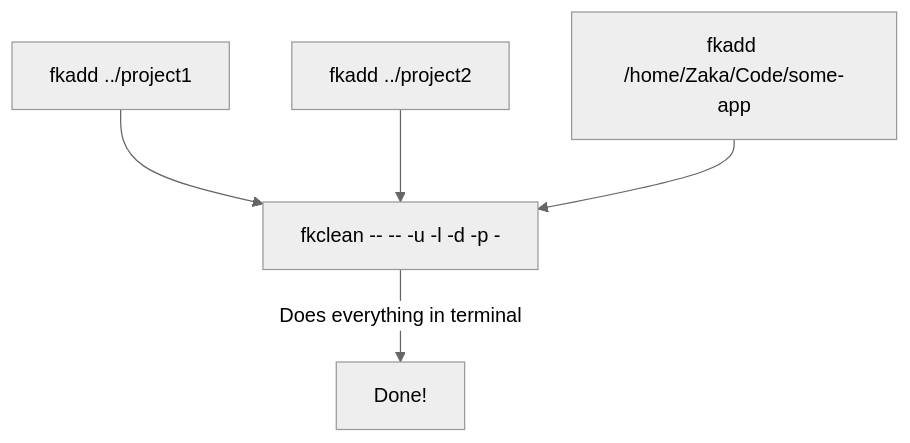
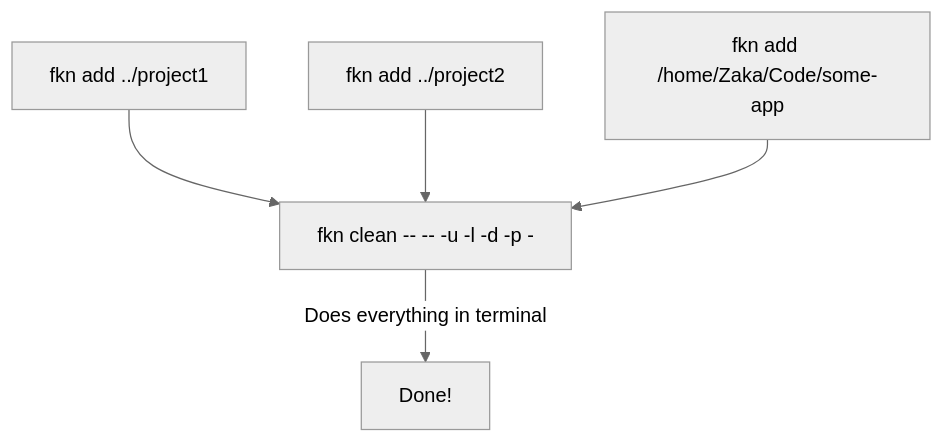
One commit to FuckingNode/fuckingnode.github.io changed the second of 3 diagrams in docs/learn/clean.md. Above: the diagram before and after it, drawn with Mermaid (neutral theme). The commit also changed other lines of this file and 25 other files, not shown here.

````diff
--- a/docs/learn/clean.md
+++ b/docs/learn/clean.md
@@ -43,14 +43,14 @@
 ```mermaid
 graph TD
-    A["fkadd ../project1"]
-    B["fkadd ../project2"]
-    C["fkadd /home/Zaka/Code/some-app"]
+    A["fkn add ../project1"]
+    B["fkn add ../project2"]
+    C["fkn add /home/Zaka/Code/some-app"]
 
-    D["fkclean -- -- -u -l -d -p -"]
+    D["fkn clean -- -- -u -l -d -p -"]
 
     A --> D
     B --> D
     C --> D
 
     D -->|Does everything in terminal| E["Done!"]
 ```
````
